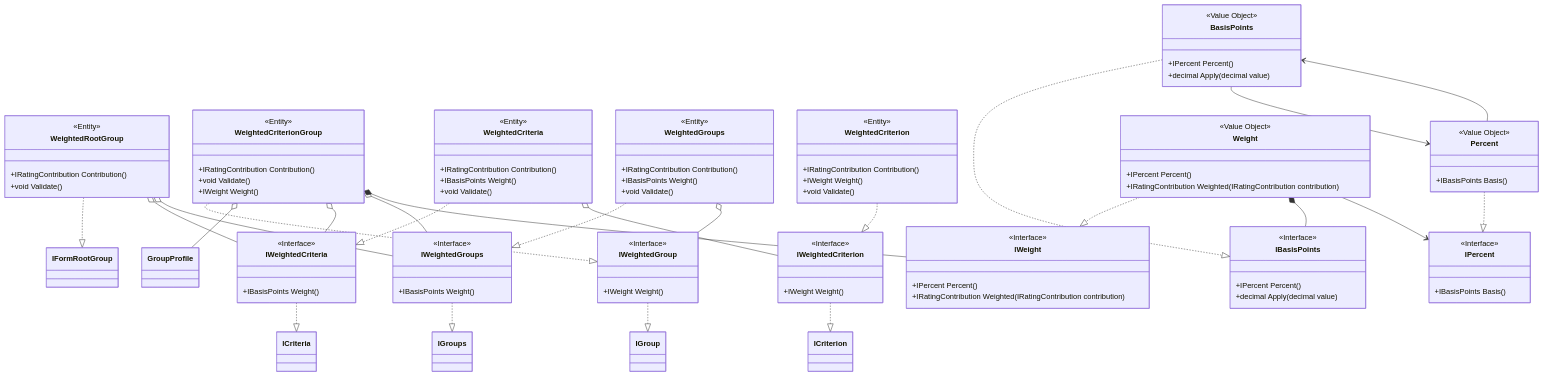
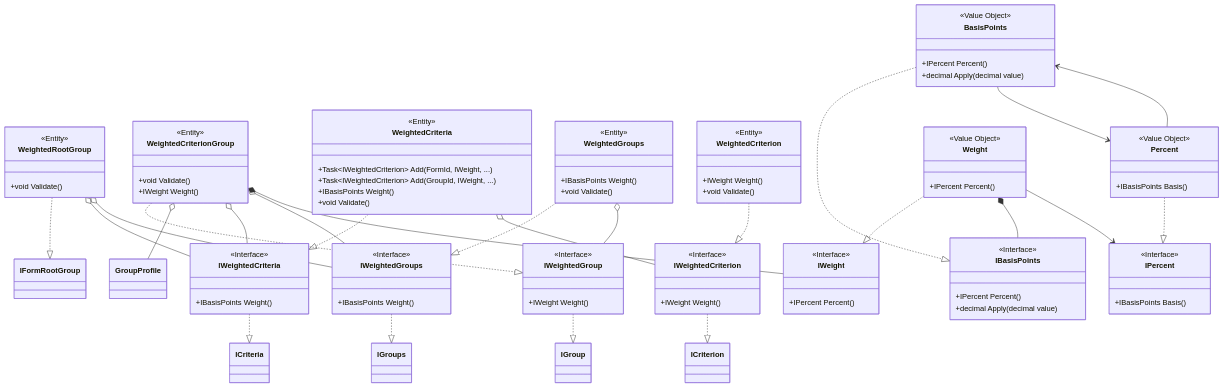
Before and after one commit to FredoqCorp/module-evaluations: the fourth of 5 diagrams in docs/architecture/form-domain-model.md, drawn with Mermaid. The commit also changed other lines of this file and 86 other files, not shown here.

```diff
--- a/docs/architecture/form-domain-model.md
+++ b/docs/architecture/form-domain-model.md
@@ -257,34 +232,31 @@
 
     class WeightedRootGroup {
         <<Entity>>
-        +IRatingContribution Contribution()
         +void Validate()
     }
 
     class WeightedCriterionGroup {
         <<Entity>>
-        +IRatingContribution Contribution()
         +void Validate()
         +IWeight Weight()
     }
 
     class WeightedCriteria {
         <<Entity>>
-        +IRatingContribution Contribution()
+        +Task~IWeightedCriterion~ Add(FormId, IWeight, ...)
+        +Task~IWeightedCriterion~ Add(GroupId, IWeight, ...)
         +IBasisPoints Weight()
         +void Validate()
     }
 
     class WeightedGroups {
         <<Entity>>
-        +IRatingContribution Contribution()
         +IBasisPoints Weight()
         +void Validate()
     }
 
     class WeightedCriterion {
         <<Entity>>
-        +IRatingContribution Contribution()
         +IWeight Weight()
         +void Validate()
     }
@@ -303,7 +275,6 @@
     class IWeight {
         <<Interface>>
         +IPercent Percent()
-        +IRatingContribution Weighted(IRatingContribution contribution)
     }
 
     class BasisPoints {
@@ -320,7 +291,6 @@
     class Weight {
         <<Value Object>>
         +IPercent Percent()
-        +IRatingContribution Weighted(IRatingContribution contribution)
     }
 
     IWeightedCriterion ..|> ICriterion
```
